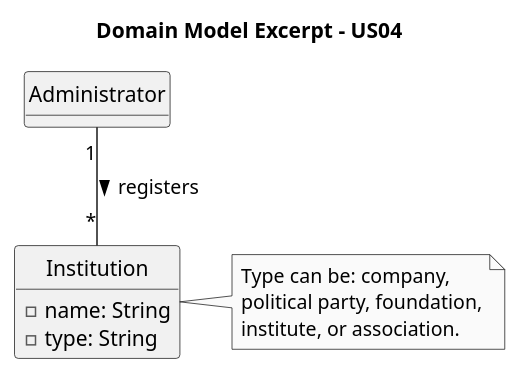
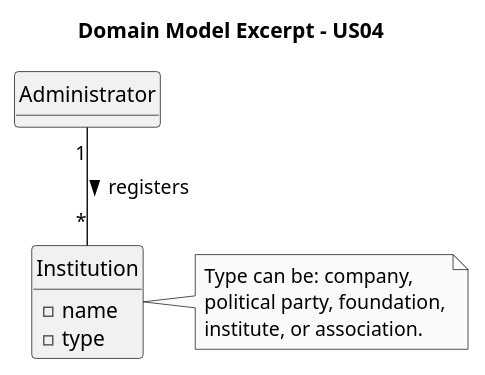
Before and after one commit to brunodspinto/crystal-clear-platform: the diagram in docs/system-documentation/US04/02.analysis/puml/US04-DM.puml, drawn with PlantUML. The commit also changed 26 other files, not shown here.

```diff
--- a/docs/system-documentation/US04/02.analysis/puml/US04-DM.puml
+++ b/docs/system-documentation/US04/02.analysis/puml/US04-DM.puml
@@ -1,27 +1,27 @@
 @startuml
 skinparam monochrome true
 skinparam packageStyle rectangle
 skinparam shadowing false
 
 hide circle
 hide methods
 
 title Domain Model Excerpt - US04
 
 class Administrator {
 }
 
 class Institution {
-    - name: String
-    - type: String
+    - name
+    - type
 }
 
 Administrator "1" -- "*" Institution : registers >
 
 note right of Institution
   Type can be: company,
   political party, foundation,
   institute, or association.
 end note
 
 @enduml
```
